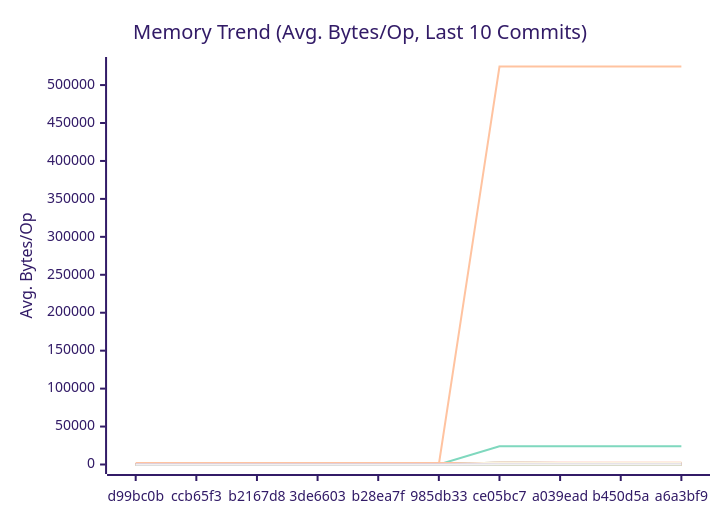
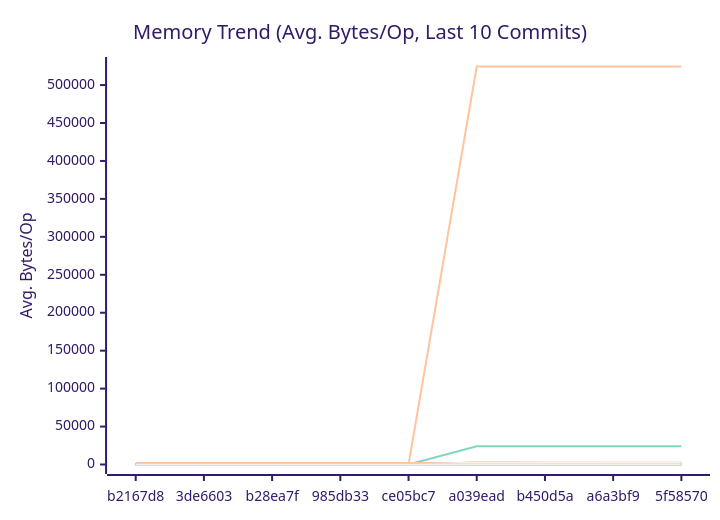
The second of 3 diagrams in docs/PERFORMANCE.md (alsotoes/momo), drawn with Mermaid (forest theme) before and after one commit. The commit also changed other lines of this file and 28 other files, not shown here.

````diff
--- a/docs/PERFORMANCE.md
+++ b/docs/PERFORMANCE.md
@@ -300,42 +300,42 @@
 ```mermaid
 xychart-beta
     title "Memory Trend (Avg. Bytes/Op, Last 10 Commits)"
     x-axis "Commit"
     y-axis "Avg. Bytes/Op"
-    x-axis [d99bc0b,ccb65f3,b2167d8,3de6603,b28ea7f,985db33,ce05bc7,a039ead,b450d5a,a6a3bf9]
-    line "AWSChunkedReaderSigned" [147,134,152,136,134,143,153,142,131,130]
-    line "AWSChunkedReaderUnsigned" [141,129,158,155,142,153,162,145,130,120]
+    x-axis [b2167d8,3de6603,b28ea7f,985db33,ce05bc7,a039ead,b450d5a,a6a3bf9,5f58570]
+    line "AWSChunkedReaderSigned" [134,152,136,134,143,153,142,131,130,147]
+    line "AWSChunkedReaderUnsigned" [129,158,155,142,153,162,145,130,120,153]
     line "CheckMetricsAndSwap" [0,0,0,0,0,0,0,0,0,0]
     line "CrushOptimized" [0,0,0,0,0,0,0,0,0,0]
     line "CrushOriginal" [164,164,164,164,164,164,164,164,164,164]
-    line "FormatListObjectsV2XML_AppendFormat" [0,0,0,0,0,0,524440,524442,524457,524463]
-    line "FormatListObjectsV2XML_OldFormat" [0,0,0,0,0,0,24000,24000,24000,24000]
-    line "HashBytes/1MiB" [0,0,0,0,0,0,356,303,257,324]
-    line "HashBytes/256MiB" [0,0,0,0,0,0,301,330,286,242]
-    line "HashBytes/64MiB" [0,0,0,0,0,0,351,280,291,300]
-    line "HashFile/1MiB" [0,0,0,0,0,0,305,271,267,261]
-    line "HashFile/256MiB" [0,0,0,0,0,0,298,291,174,252]
-    line "HashFile/64MiB" [0,0,0,0,0,0,332,283,240,221]
+    line "FormatListObjectsV2XML_AppendFormat" [0,0,0,0,0,524440,524442,524457,524463,524446]
+    line "FormatListObjectsV2XML_OldFormat" [0,0,0,0,0,24000,24000,24000,24000,24000]
+    line "HashBytes/1MiB" [0,0,0,0,0,356,303,257,324,307]
+    line "HashBytes/256MiB" [0,0,0,0,0,301,330,286,242,249]
+    line "HashBytes/64MiB" [0,0,0,0,0,351,280,291,300,306]
+    line "HashFile/1MiB" [0,0,0,0,0,305,271,267,261,261]
+    line "HashFile/256MiB" [0,0,0,0,0,298,291,174,252,283]
+    line "HashFile/64MiB" [0,0,0,0,0,332,283,240,221,273]
     line "IndexDirectTracking" [0,0,0,0,0,0,0,0,0,0]
     line "IndexSearch" [0,0,0,0,0,0,0,0,0,0]
-    line "LoadGlobalConfig" [1848,1848,1848,1848,1848,1848,1976,1976,1976,1976]
-    line "LocalWrite/1MiB" [0,0,0,0,0,0,2714,1959,1683,2004]
-    line "LocalWrite/256MiB" [0,0,0,0,0,0,2563,2177,2270,2223]
-    line "LocalWrite/64MiB" [0,0,0,0,0,0,2789,1880,2221,2158]
+    line "LoadGlobalConfig" [1848,1848,1848,1848,1848,1976,1976,1976,1976,1976]
+    line "LocalWrite/1MiB" [0,0,0,0,0,2714,1959,1683,2004,2716]
+    line "LocalWrite/256MiB" [0,0,0,0,0,2563,2177,2270,2223,2404]
+    line "LocalWrite/64MiB" [0,0,0,0,0,2789,1880,2221,2158,2776]
     line "PadString" [64,64,64,64,64,64,64,64,64,64]
     line "ParseReplicationOrder_NoPrealloc" [408,408,408,408,408,248,248,248,248,248]
     line "ParseReplicationOrder_Prealloc" [240,240,240,240,240,80,80,80,80,80]
-    line "Placement" [0,0,0,0,0,0,352,352,352,352]
-    line "PlacementDomainSpread" [0,0,0,0,0,0,352,352,352,352]
-    line "ReadVerify/1MiB" [0,0,0,0,0,0,316,252,237,270]
-    line "ReadVerify/256MiB" [0,0,0,0,0,0,322,287,256,268]
-    line "ReadVerify/64MiB" [0,0,0,0,0,0,316,322,241,295]
-    line "S3PutSpool/1MiB" [0,0,0,0,0,0,287,281,227,254]
-    line "S3PutSpool/256MiB" [0,0,0,0,0,0,254,245,213,271]
-    line "S3PutSpool/64MiB" [0,0,0,0,0,0,222,269,234,286]
+    line "Placement" [0,0,0,0,0,352,352,352,352,352]
+    line "PlacementDomainSpread" [0,0,0,0,0,352,352,352,352,352]
+    line "ReadVerify/1MiB" [0,0,0,0,0,316,252,237,270,284]
+    line "ReadVerify/256MiB" [0,0,0,0,0,322,287,256,268,303]
+    line "ReadVerify/64MiB" [0,0,0,0,0,316,322,241,295,322]
+    line "S3PutSpool/1MiB" [0,0,0,0,0,287,281,227,254,264]
+    line "S3PutSpool/256MiB" [0,0,0,0,0,254,245,213,271,241]
+    line "S3PutSpool/64MiB" [0,0,0,0,0,222,269,234,286,234]
     line "SanitizeLog/Safe" [0,0,0,0,0,0,0,0,0,0]
     line "SanitizeLog/Unsafe" [704,704,704,704,704,704,704,704,704,704]
-    line "TrustedRead/1MiB" [0,0,0,0,0,0,297,289,226,325]
-    line "TrustedRead/256MiB" [0,0,0,0,0,0,283,315,219,242]
-    line "TrustedRead/64MiB" [0,0,0,0,0,0,308,244,238,322]
+    line "TrustedRead/1MiB" [0,0,0,0,0,297,289,226,325,241]
+    line "TrustedRead/256MiB" [0,0,0,0,0,283,315,219,242,305]
+    line "TrustedRead/64MiB" [0,0,0,0,0,308,244,238,322,299]
 ```
````
